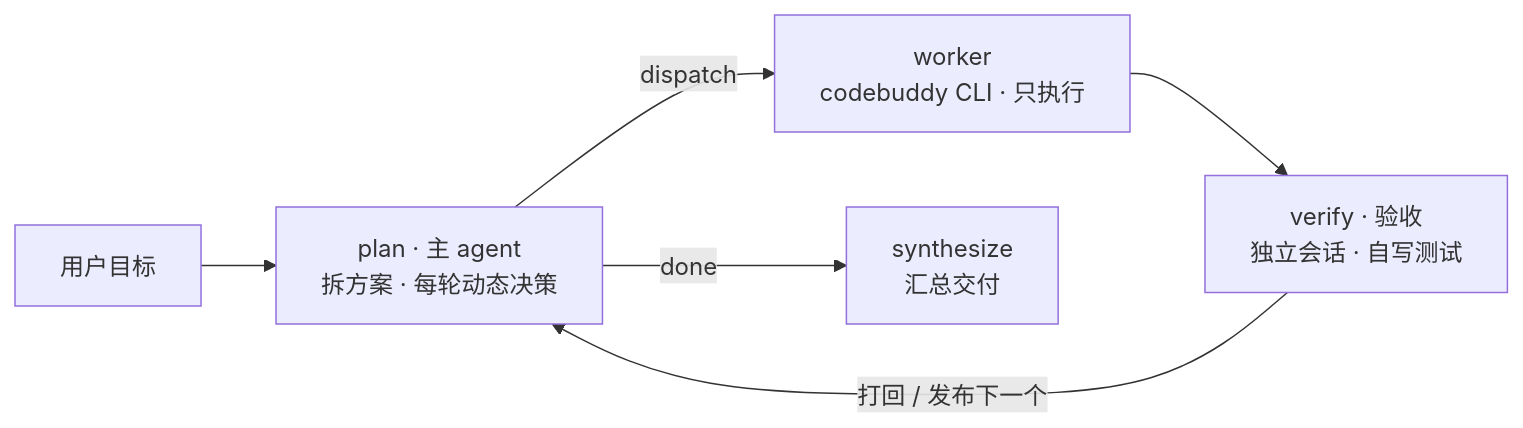
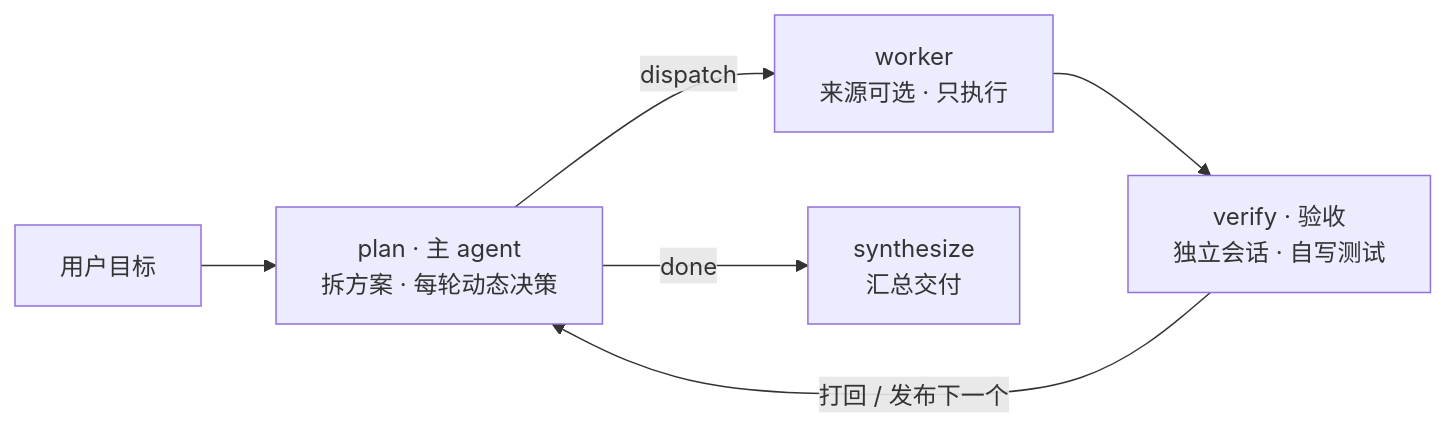
Before and after one commit to Crazyboy233/lodestar-agent: the diagram in README.md, drawn with Mermaid. The commit also changed other lines of this file and 41 other files, not shown here.

````diff
--- a/README.md
+++ b/README.md
@@ -5,14 +7,14 @@
 ```mermaid
 flowchart LR
     G["用户目标"]
     P["plan · 主 agent<br/>拆方案 · 每轮动态决策"]
-    W["worker<br/>codebuddy CLI · 只执行"]
+    W["worker<br/>来源可选 · 只执行"]
     V["verify · 验收<br/>独立会话 · 自写测试"]
     S["synthesize<br/>汇总交付"]
 
     G --> P
     P -->|dispatch| W
     W --> V
     V -->|打回 / 发布下一个| P
     P -->|done| S
 ```
````
